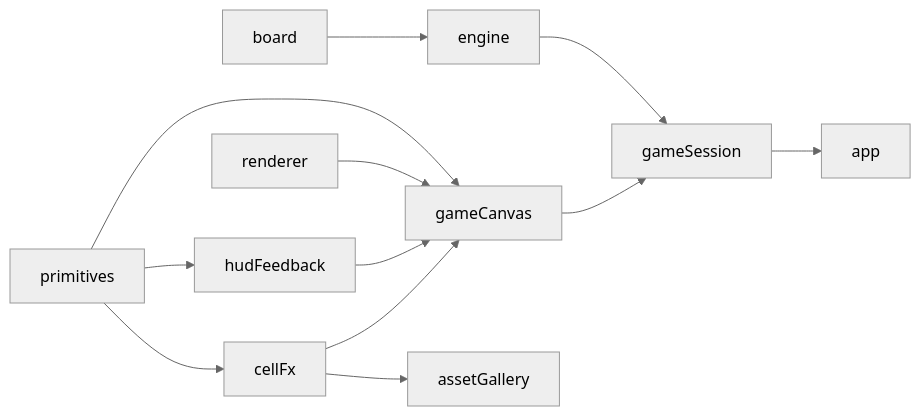
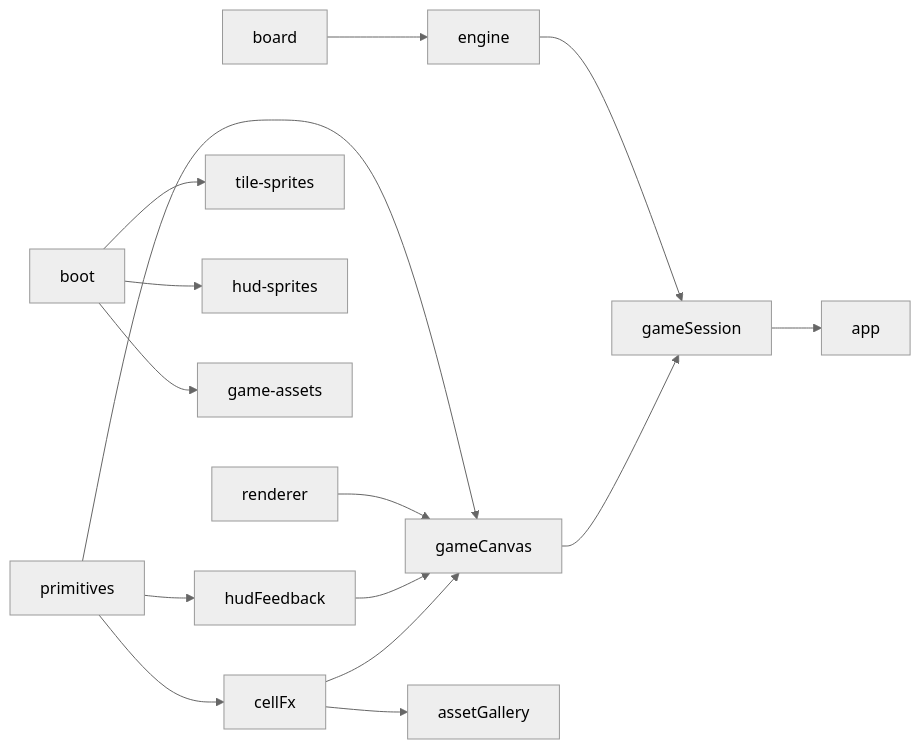
Before and after one commit to DavidKk/mine-scroll: the diagram in docs/MODULES.md, drawn with Mermaid (neutral theme). The commit also changed other lines of this file and 20 other files, not shown here.

````diff
--- a/docs/MODULES.md
+++ b/docs/MODULES.md
@@ -9,14 +9,17 @@
 ```mermaid
 flowchart LR
     primitives --> hudFeedback
     primitives --> cellFx
     primitives --> gameCanvas
+    boot --> tileSprites[tile-sprites]
+    boot --> hudSprites[hud-sprites]
+    boot --> gameAssets[game-assets]
     board --> engine
     engine --> gameSession
     renderer --> gameCanvas
     hudFeedback --> gameCanvas
     cellFx --> gameCanvas
     cellFx --> assetGallery
     gameCanvas --> gameSession
     gameSession --> app
 ```
````
